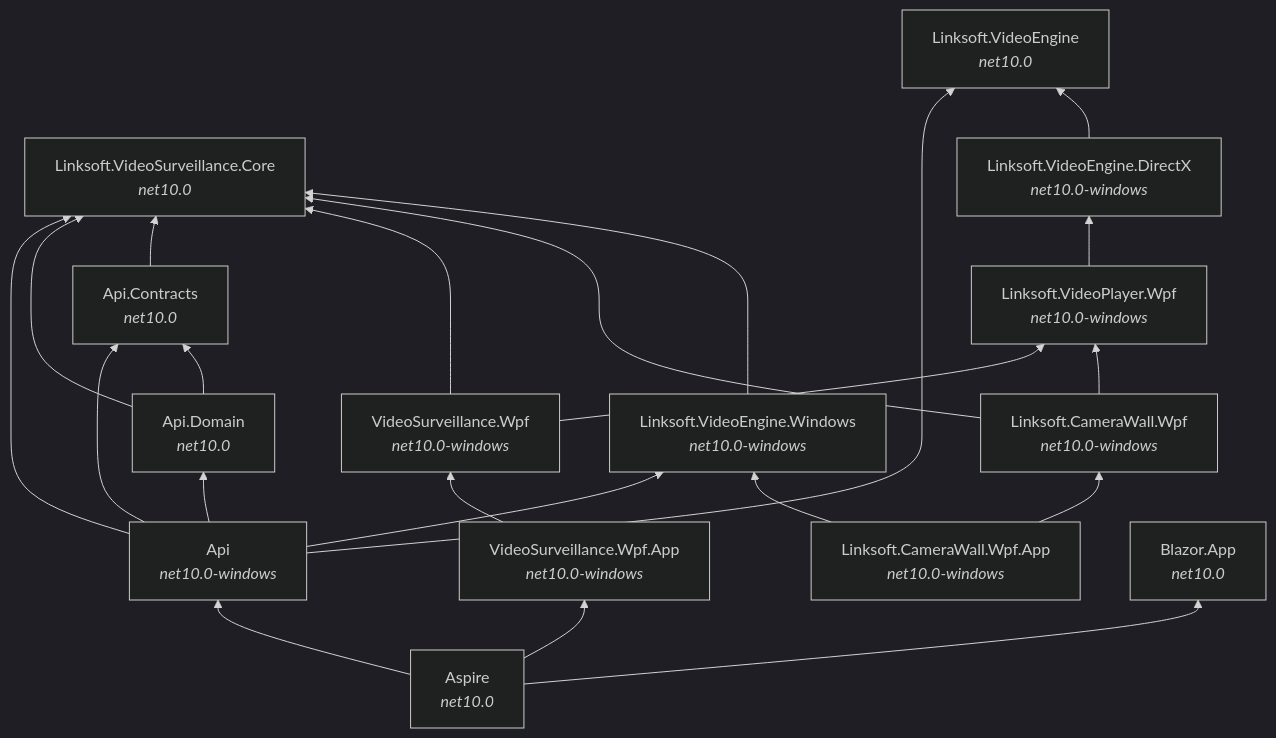
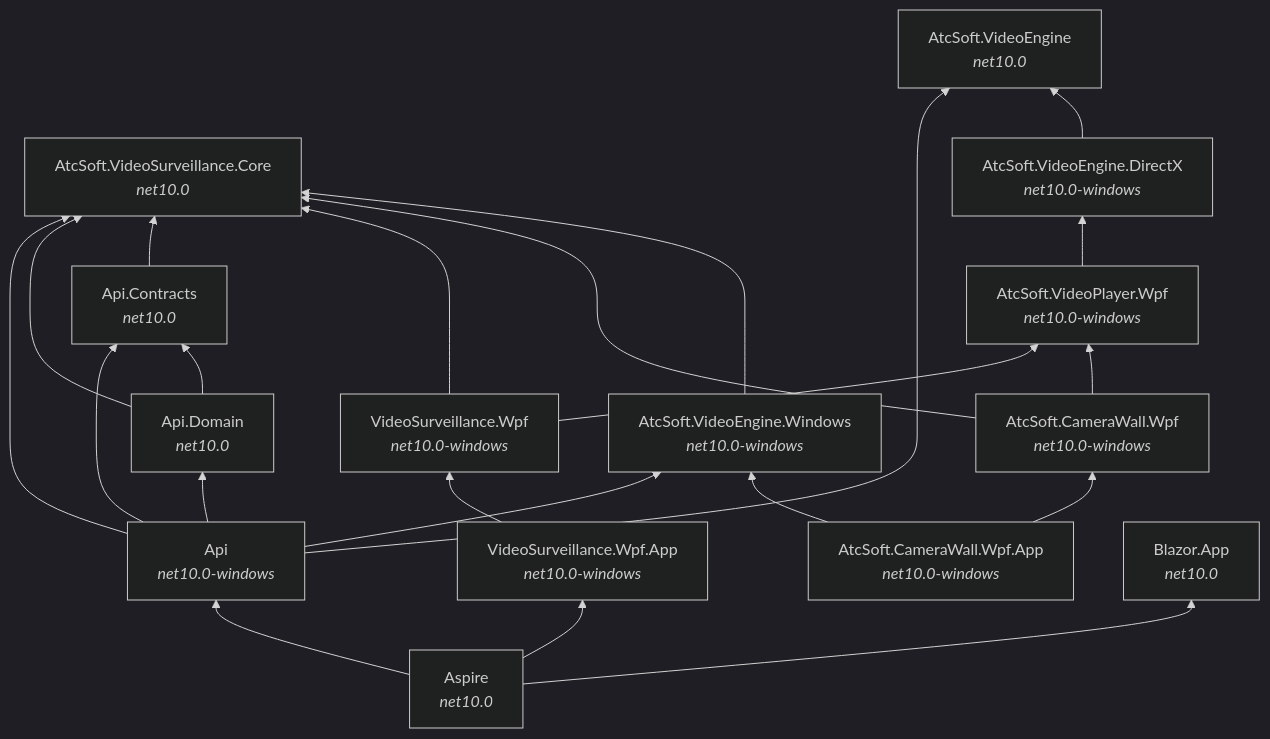
One commit to davidkallesen/AtcSoft.VideoSurveillance changed the second of 8 diagrams in docs/architecture.md. Above: the diagram before and after it, drawn with Mermaid (dark theme). The commit also changed other lines of this file and 581 other files, not shown here.

First line of the commit message:
feat: rename product and namespaces from Linksoft to AtcSoft

````diff
--- a/docs/architecture.md
+++ b/docs/architecture.md
@@ -35,39 +35,39 @@
 ```mermaid
 graph BT
-    Core["Linksoft.VideoSurveillance.Core<br/><i>net10.0</i>"]
-    VE["Linksoft.VideoEngine<br/><i>net10.0</i>"]
-    DX["Linksoft.VideoEngine.DirectX<br/><i>net10.0-windows</i>"]
-    VW["Linksoft.VideoEngine.Windows<br/><i>net10.0-windows</i>"]
-    VP["Linksoft.VideoPlayer.Wpf<br/><i>net10.0-windows</i>"]
-    CW["Linksoft.CameraWall.Wpf<br/><i>net10.0-windows</i>"]
-    App["Linksoft.CameraWall.Wpf.App<br/><i>net10.0-windows</i>"]
+    Core["AtcSoft.VideoSurveillance.Core<br/><i>net10.0</i>"]
+    VE["AtcSoft.VideoEngine<br/><i>net10.0</i>"]
+    DX["AtcSoft.VideoEngine.DirectX<br/><i>net10.0-windows</i>"]
+    VW["AtcSoft.VideoEngine.Windows<br/><i>net10.0-windows</i>"]
+    VP["AtcSoft.VideoPlayer.Wpf<br/><i>net10.0-windows</i>"]
+    CW["AtcSoft.CameraWall.Wpf<br/><i>net10.0-windows</i>"]
+    App["AtcSoft.CameraWall.Wpf.App<br/><i>net10.0-windows</i>"]
     VSWpf["VideoSurveillance.Wpf<br/><i>net10.0-windows</i>"]
     VSApp["VideoSurveillance.Wpf.App<br/><i>net10.0-windows</i>"]
     Contracts["Api.Contracts<br/><i>net10.0</i>"]
     Domain["Api.Domain<br/><i>net10.0</i>"]
     API["Api<br/><i>net10.0-windows</i>"]
     Blazor["Blazor.App<br/><i>net10.0</i>"]
     Aspire["Aspire<br/><i>net10.0</i>"]
 
     DX --> VE
     VP --> DX
     VW --> Core
     CW --> Core
     CW --> VP
     App --> CW
     App --> VW
     VSWpf --> Core
     VSWpf --> VP
     VSApp --> VSWpf
     Contracts --> Core
     Domain --> Contracts
     Domain --> Core
     API --> Domain
     API --> Contracts
     API --> Core
     API --> VE
     API --> VW
     Aspire --> API
     Aspire --> Blazor
     Aspire --> VSApp
 ```
````
